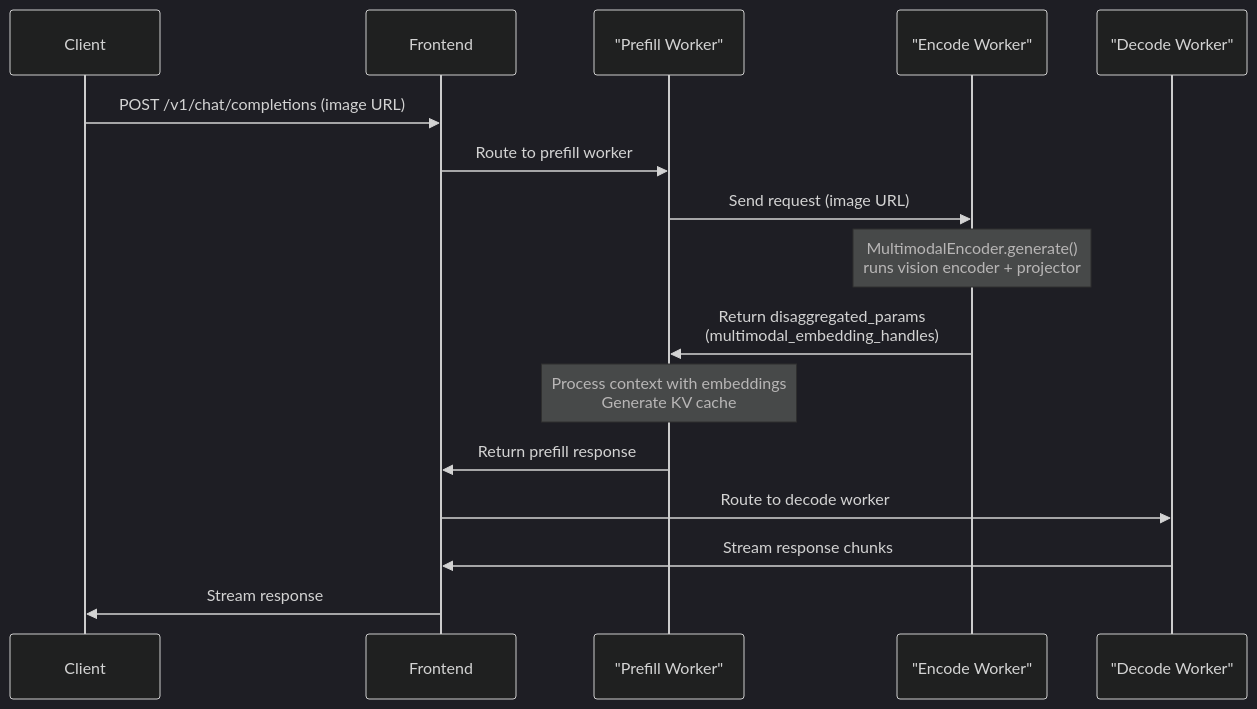
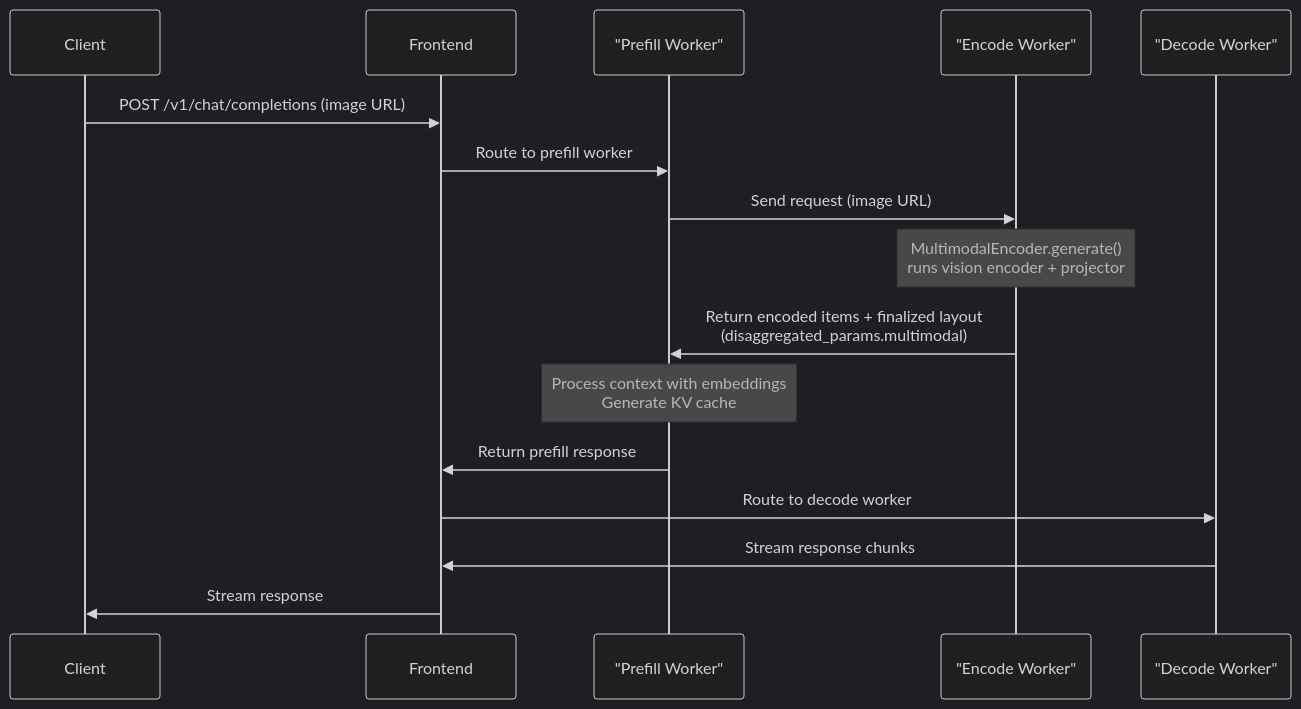
One commit to ai-dynamo/dynamo changed the first of 3 diagrams in docs/fern/pages/developer-guide/knowledge-base/modular-components/backends/tensorrt-llm/multimodal.md. Above: the diagram before and after it, drawn with Mermaid (dark theme). The commit also changed other lines of this file and 7 other files, not shown here.

````diff
--- a/docs/fern/pages/developer-guide/knowledge-base/modular-components/backends/tensorrt-llm/multimodal.md
+++ b/docs/fern/pages/developer-guide/knowledge-base/modular-components/backends/tensorrt-llm/multimodal.md
@@ -235,19 +257,19 @@
 ```mermaid
 sequenceDiagram
     participant Client
     participant Frontend
     participant PrefillWorker as "Prefill Worker"
     participant EncodeWorker as "Encode Worker"
     participant DecodeWorker as "Decode Worker"
 
     Client->>Frontend: POST /v1/chat/completions (image URL)
     Frontend->>PrefillWorker: Route to prefill worker
     PrefillWorker->>EncodeWorker: Send request (image URL)
     Note over EncodeWorker: MultimodalEncoder.generate()<br/>runs vision encoder + projector
-    EncodeWorker->>PrefillWorker: Return disaggregated_params<br/>(multimodal_embedding_handles)
+    EncodeWorker->>PrefillWorker: Return encoded items + finalized layout<br/>(disaggregated_params.multimodal)
     Note over PrefillWorker: Process context with embeddings<br/>Generate KV cache
     PrefillWorker->>Frontend: Return prefill response
     Frontend->>DecodeWorker: Route to decode worker
     DecodeWorker->>Frontend: Stream response chunks
     Frontend->>Client: Stream response
 ```
````
